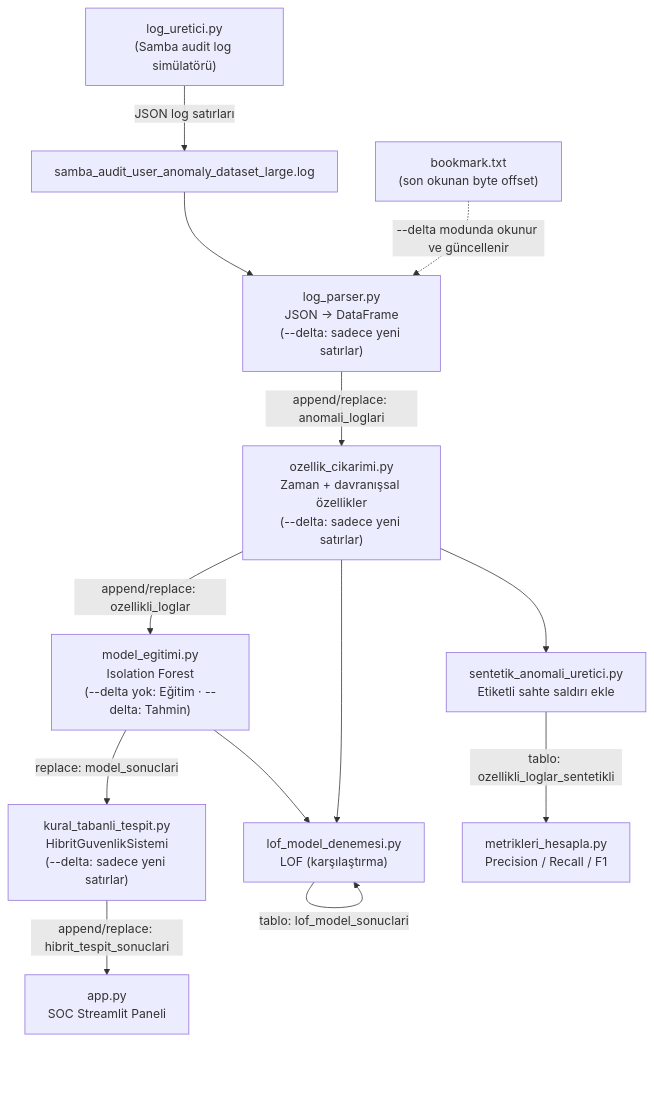
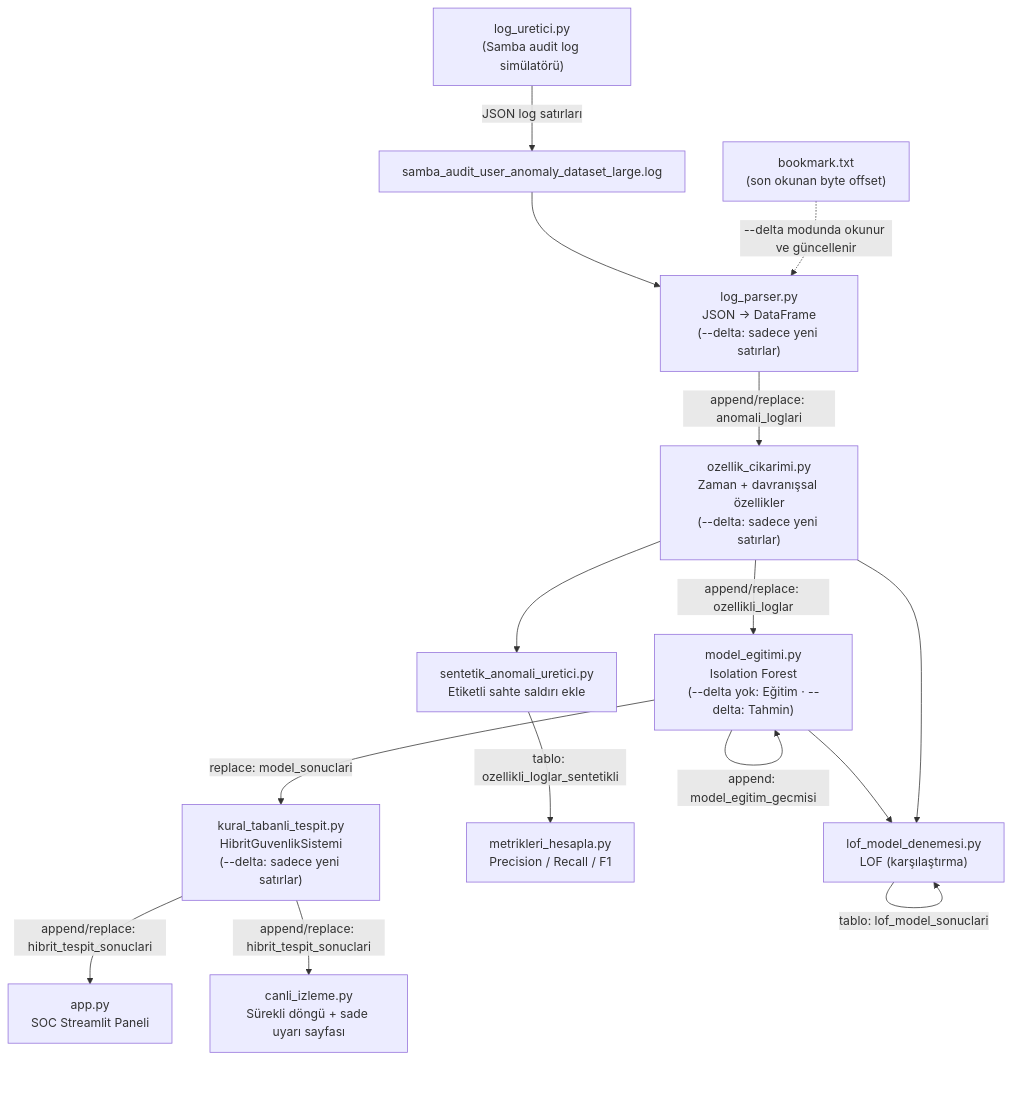
One commit to dila0704/Anomali_Tespit changed the diagram in README.md. Above: the diagram before and after it, drawn with Mermaid. The commit also changed other lines of this file, not shown here.

First line of the commit message:
docs: README'yi canlı izleme sayfası, otomatik yeniden eğitim ve pipeline denetim kaydıyla senkronize et

````diff
--- a/README.md
+++ b/README.md
@@ -36,17 +40,19 @@
 ```mermaid
 flowchart TD
     A["log_uretici.py\n(Samba audit log simülatörü)"] -->|"JSON log satırları"| B["samba_audit_user_anomaly_dataset_large.log"]
     BM["bookmark.txt\n(son okunan byte offset)"] -.->|"--delta modunda okunur ve güncellenir"| C
     B --> C["log_parser.py\nJSON -> DataFrame\n(--delta: sadece yeni satırlar)"]
     C -->|"append/replace: anomali_loglari"| D["ozellik_cikarimi.py\nZaman + davranışsal özellikler\n(--delta: sadece yeni satırlar)"]
     D -->|"append/replace: ozellikli_loglar"| E["model_egitimi.py\nIsolation Forest\n(--delta yok: Eğitim · --delta: Tahmin)"]
     E -->|"replace: model_sonuclari"| F["kural_tabanli_tespit.py\nHibritGuvenlikSistemi\n(--delta: sadece yeni satırlar)"]
     F -->|"append/replace: hibrit_tespit_sonuclari"| G["app.py\nSOC Streamlit Paneli"]
+    F -->|"append/replace: hibrit_tespit_sonuclari"| G2["canli_izleme.py\nSürekli döngü + sade uyarı sayfası"]
+    E -->|"append: model_egitim_gecmisi"| E
 
     D --> H["lof_model_denemesi.py\nLOF (karşılaştırma)"]
     E --> H
     H -->|"tablo: lof_model_sonuclari"| H
 
     D --> I["sentetik_anomali_uretici.py\nEtiketli sahte saldırı ekle"]
     I -->|"tablo: ozellikli_loglar_sentetikli"| J["metrikleri_hesapla.py\nPrecision / Recall / F1"]
 ```
````
